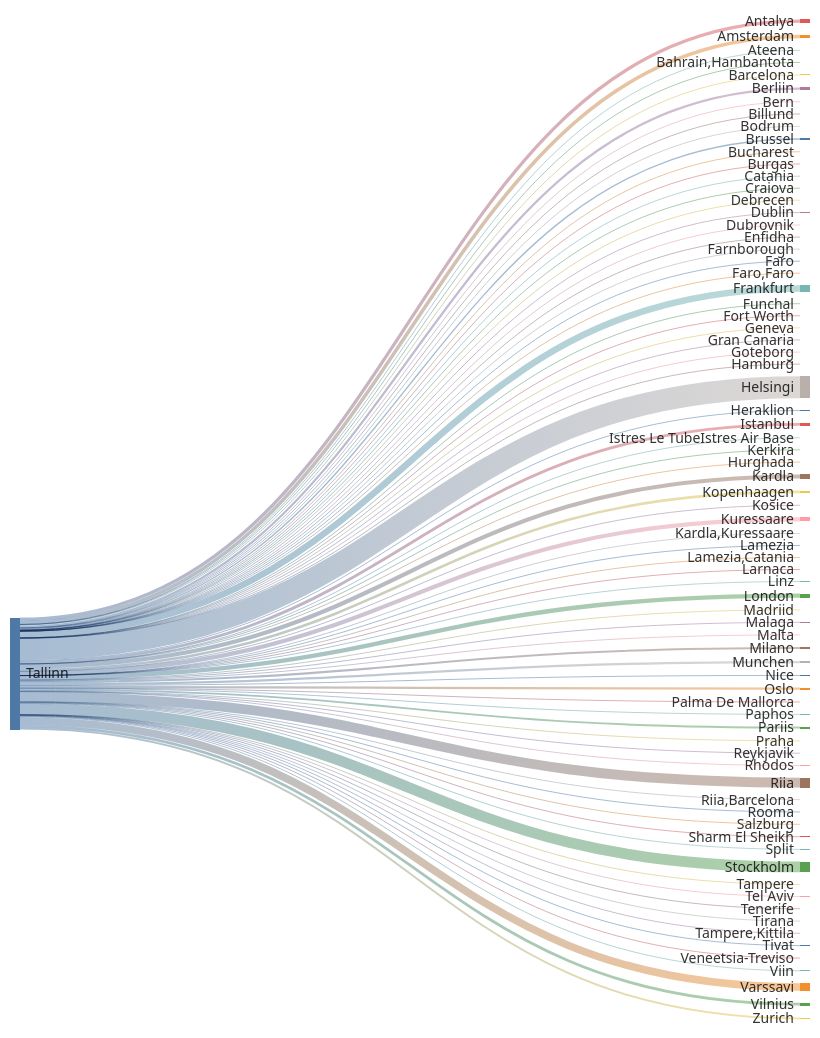
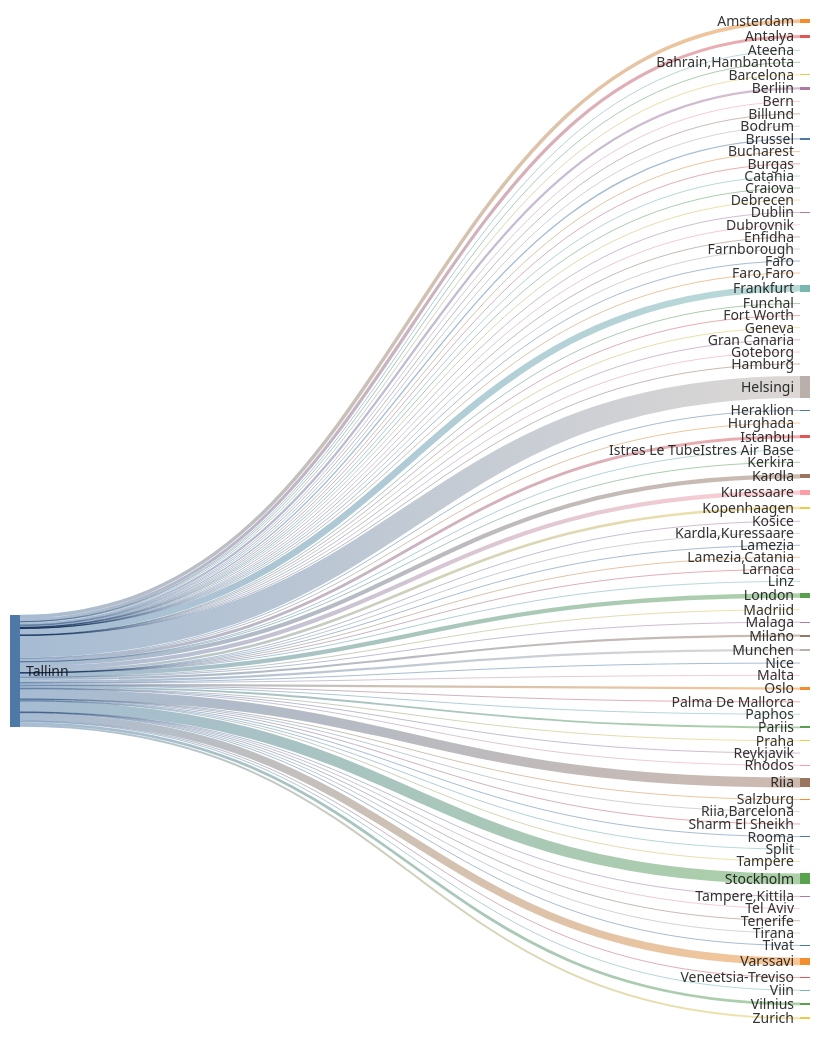
The second of 2 diagrams in README.md (rainermesi/tll-airport-departures), drawn with Mermaid before and after one commit. The commit also changed other lines of this file and 1 other file, not shown here.

````diff
--- a/README.md
+++ b/README.md
@@ -41,16 +41,16 @@
 ---
 sankey-beta
 %% source,target,value
-Tallinn,Amsterdam,457
-Tallinn,Antalya,416
+Tallinn,Amsterdam,459
+Tallinn,Antalya,418
 Tallinn,Ateena,16
 Tallinn,"Bahrain,Hambantota",1
-Tallinn,Barcelona,127
+Tallinn,Barcelona,129
 Tallinn,Berliin,292
 Tallinn,Bern,1
-Tallinn,Billund,73
+Tallinn,Billund,74
 Tallinn,Bodrum,11
-Tallinn,Brussel,180
+Tallinn,Brussel,181
 Tallinn,Bucharest,1
 Tallinn,Burgas,53
 Tallinn,Catania,2
@@ -63,30 +63,30 @@
 Tallinn,Faro,4
 Tallinn,"Faro,Faro",1
 Tallinn,Fort Worth,1
-Tallinn,Frankfurt,840
+Tallinn,Frankfurt,843
 Tallinn,Funchal,5
 Tallinn,Geneva,13
 Tallinn,Gran Canaria,38
 Tallinn,Goteborg,2
 Tallinn,Hamburg,2
-Tallinn,Helsingi,2835
-Tallinn,Heraklion,92
+Tallinn,Helsingi,2846
+Tallinn,Heraklion,93
 Tallinn,Hurghada,75
-Tallinn,Istanbul,371
+Tallinn,Istanbul,372
 Tallinn,Istres Le TubeIstres Air Base,2
 Tallinn,Kerkira,4
-Tallinn,Kopenhaagen,337
+Tallinn,Kopenhaagen,338
 Tallinn,Kosice,1
-Tallinn,Kuressaare,538
-Tallinn,Kardla,540
+Tallinn,Kuressaare,540
+Tallinn,Kardla,542
 Tallinn,"Kardla,Kuressaare",1
 Tallinn,Lamezia,1
 Tallinn,"Lamezia,Catania",3
 Tallinn,Larnaca,4
 Tallinn,Linz,2
-Tallinn,London,557
+Tallinn,London,559
 Tallinn,Madriid,3
-Tallinn,Malaga,113
+Tallinn,Malaga,114
 Tallinn,Malta,27
 Tallinn,Milano,268
 Tallinn,Munchen,285
@@ -95,27 +95,27 @@
 Tallinn,Palma De Mallorca,31
 Tallinn,Paphos,66
 Tallinn,Pariis,245
-Tallinn,Praha,80
+Tallinn,Praha,81
 Tallinn,Reykjavik,16
 Tallinn,Rhodos,56
-Tallinn,Riia,1274
+Tallinn,Riia,1279
 Tallinn,"Riia,Barcelona",1
 Tallinn,Rooma,80
 Tallinn,Salzburg,14
 Tallinn,Sharm El Sheikh,101
 Tallinn,Split,49
-Tallinn,Stockholm,1395
+Tallinn,Stockholm,1401
 Tallinn,Tampere,17
 Tallinn,"Tampere,Kittila",21
 Tallinn,Tel Aviv,2
 Tallinn,Tenerife,58
 Tallinn,Tirana,30
 Tallinn,Tivat,61
-Tallinn,Varssavi,979
+Tallinn,Varssavi,982
 Tallinn,Veneetsia-Treviso,67
 Tallinn,Viin,106
-Tallinn,Vilnius,353
-Tallinn,Zurich,250
+Tallinn,Vilnius,354
+Tallinn,Zurich,251
 
 
 ```
````
